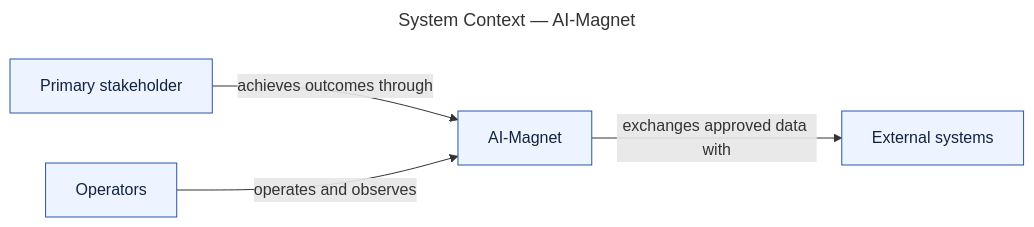
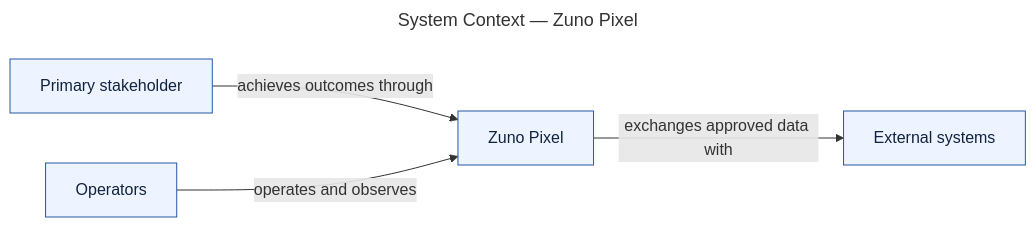
One commit to Tauhid-dev/Brand-website changed the diagram in planning/architecture/diagrams/context.mmd. Above: the diagram before and after it, drawn with Mermaid. The commit also changed 73 other files, not shown here.

Commit message:
feat(brand): complete Zuno Pixel phase 1

```diff
--- a/planning/architecture/diagrams/context.mmd
+++ b/planning/architecture/diagrams/context.mmd
@@ -1,13 +1,13 @@
 ---
-title: "System Context — AI-Magnet"
+title: "System Context — Zuno Pixel"
 ---
 flowchart LR
     stakeholder["Primary stakeholder"]
-    system["AI-Magnet"]
+    system["Zuno Pixel"]
     external["External systems"]
     operator["Operators"]
     stakeholder -->|"achieves outcomes through"| system
     system -->|"exchanges approved data with"| external
     operator -->|"operates and observes"| system
     classDef genesis fill:#eef4ff,stroke:#2457a6,color:#10233f
     class stakeholder,system,external,operator genesis
```
